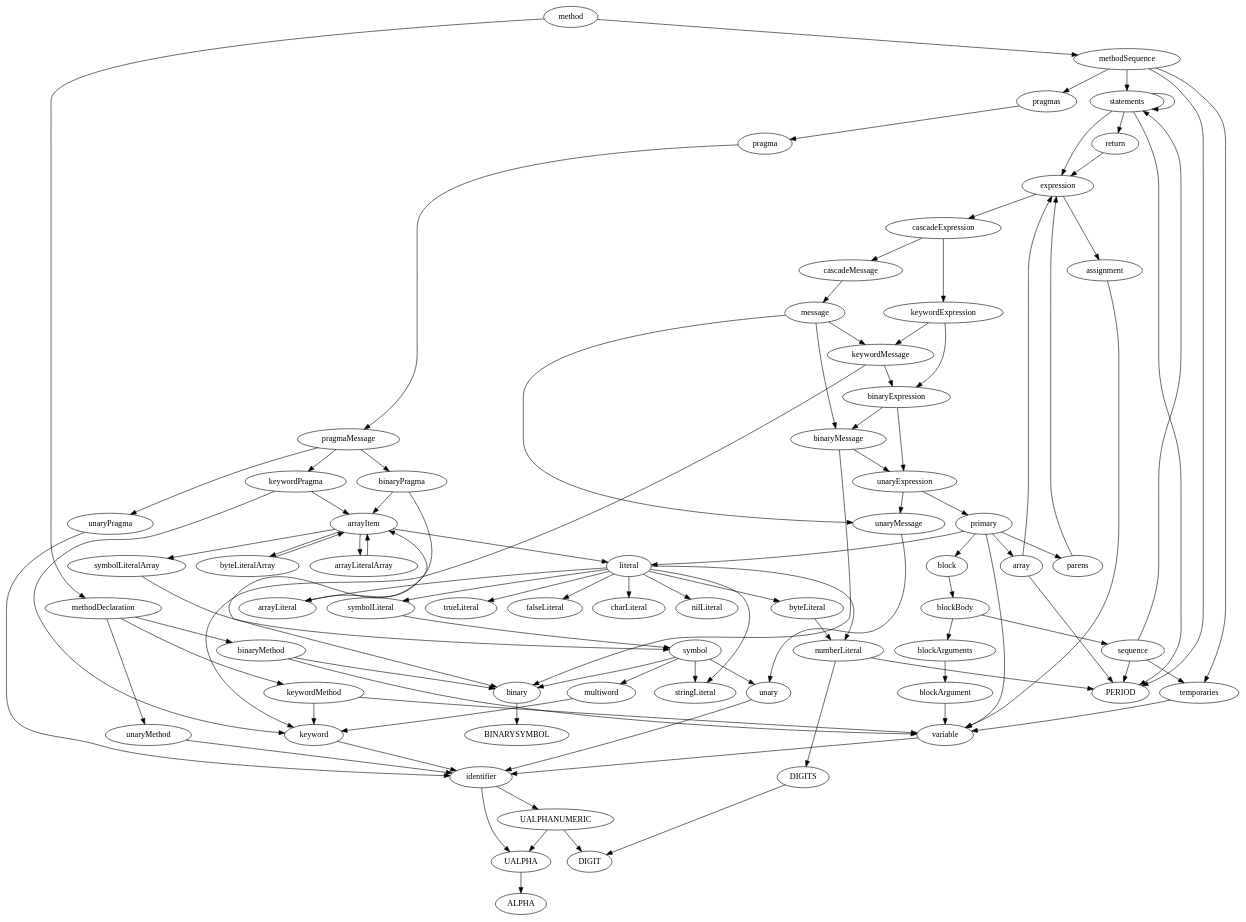
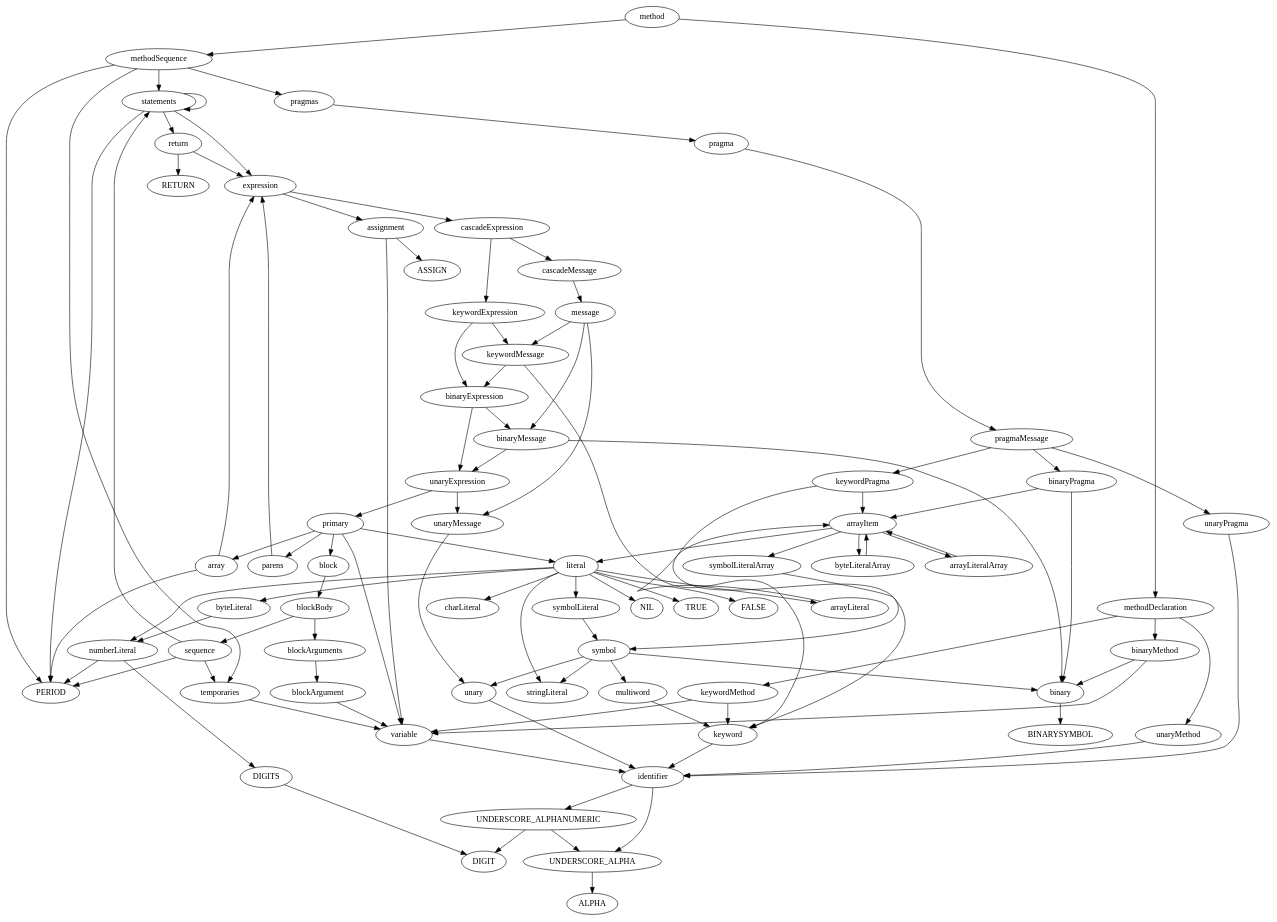
The diagram in Pharo.dot (Uko/Pharo-grammar), drawn with Graphviz before and after one commit. The commit also changed 1 other file, not shown here.

```diff
--- a/Pharo.dot
+++ b/Pharo.dot
@@ -1,104 +1,106 @@
 digraph {
 method -> methodDeclaration;
 methodDeclaration -> keywordMethod;
 keywordMethod -> keyword;
 keyword -> identifier;
-identifier -> UALPHA;
-UALPHA -> ALPHA;
-identifier -> UALPHANUMERIC;
-UALPHANUMERIC -> UALPHA;
-UALPHANUMERIC -> DIGIT;
+identifier -> UNDERSCORE_ALPHA;
+UNDERSCORE_ALPHA -> ALPHA;
+identifier -> UNDERSCORE_ALPHANUMERIC;
+UNDERSCORE_ALPHANUMERIC -> UNDERSCORE_ALPHA;
+UNDERSCORE_ALPHANUMERIC -> DIGIT;
 keywordMethod -> variable;
 variable -> identifier;
 methodDeclaration -> unaryMethod;
 unaryMethod -> identifier;
 methodDeclaration -> binaryMethod;
 binaryMethod -> binary;
 binary -> BINARYSYMBOL;
 binaryMethod -> variable;
 method -> methodSequence;
 methodSequence -> PERIOD;
 methodSequence -> pragmas;
 pragmas -> pragma;
 pragma -> pragmaMessage;
 pragmaMessage -> keywordPragma;
 keywordPragma -> keyword;
 keywordPragma -> arrayItem;
 arrayItem -> literal;
 literal -> numberLiteral;
 numberLiteral -> DIGITS;
 DIGITS -> DIGIT;
 numberLiteral -> PERIOD;
 literal -> stringLiteral;
 literal -> charLiteral;
 literal -> arrayLiteral;
 arrayLiteral -> arrayItem;
 literal -> byteLiteral;
 byteLiteral -> numberLiteral;
 literal -> symbolLiteral;
 symbolLiteral -> symbol;
 symbol -> unary;
 unary -> identifier;
 symbol -> binary;
 symbol -> multiword;
 multiword -> keyword;
 symbol -> stringLiteral;
-literal -> nilLiteral;
-literal -> trueLiteral;
-literal -> falseLiteral;
+literal -> NIL;
+literal -> TRUE;
+literal -> FALSE;
 arrayItem -> symbolLiteralArray;
 symbolLiteralArray -> symbol;
 arrayItem -> arrayLiteralArray;
 arrayLiteralArray -> arrayItem;
 arrayItem -> byteLiteralArray;
 byteLiteralArray -> arrayItem;
 pragmaMessage -> unaryPragma;
 unaryPragma -> identifier;
 pragmaMessage -> binaryPragma;
 binaryPragma -> binary;
 binaryPragma -> arrayItem;
 methodSequence -> temporaries;
 temporaries -> variable;
 methodSequence -> statements;
 statements -> expression;
 expression -> assignment;
 assignment -> variable;
+assignment -> ASSIGN;
 expression -> cascadeExpression;
 cascadeExpression -> keywordExpression;
 keywordExpression -> binaryExpression;
 binaryExpression -> unaryExpression;
 unaryExpression -> primary;
 primary -> literal;
 primary -> variable;
 primary -> block;
 block -> blockBody;
 blockBody -> blockArguments;
 blockArguments -> blockArgument;
 blockArgument -> variable;
 blockBody -> sequence;
 sequence -> temporaries;
 sequence -> PERIOD;
 sequence -> statements;
 primary -> parens;
 parens -> expression;
 primary -> array;
 array -> expression;
 array -> PERIOD;
 unaryExpression -> unaryMessage;
 unaryMessage -> unary;
 binaryExpression -> binaryMessage;
 binaryMessage -> binary;
 binaryMessage -> unaryExpression;
 keywordExpression -> keywordMessage;
 keywordMessage -> keyword;
 keywordMessage -> binaryExpression;
 cascadeExpression -> cascadeMessage;
 cascadeMessage -> message;
 message -> keywordMessage;
 message -> binaryMessage;
 message -> unaryMessage;
 statements -> PERIOD;
 statements -> statements;
 statements -> return;
+return -> RETURN;
 return -> expression;
 }
```
